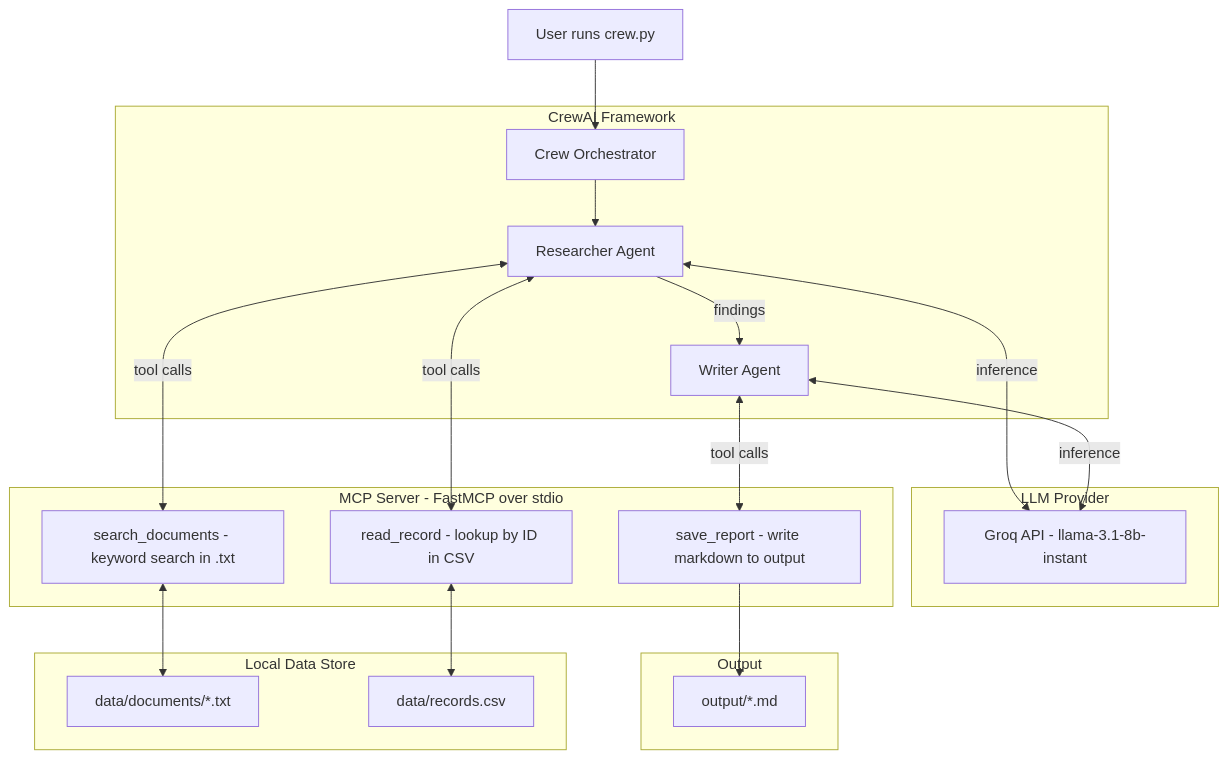
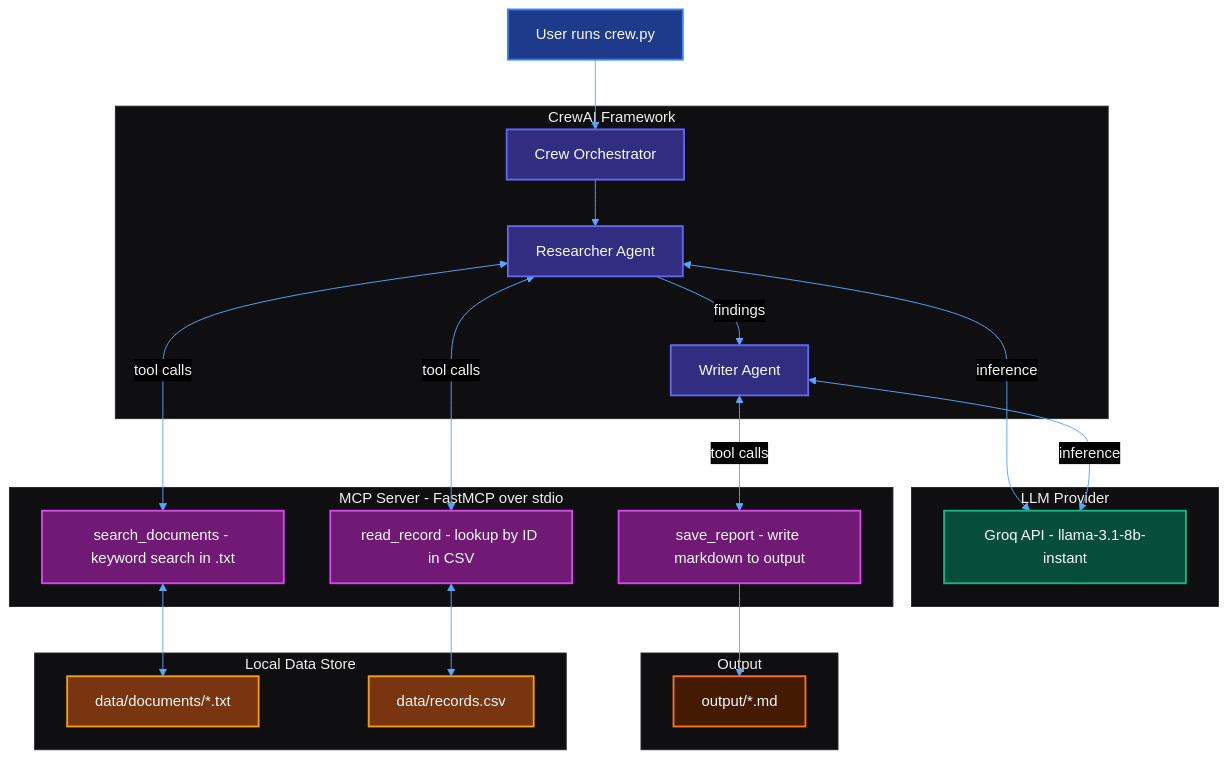
The first of 4 diagrams in README.md (ayush300302/crew-ops-intelligence), drawn with Mermaid before and after one commit. The commit also changed other lines of this file and 1 other file, not shown here.

Commit message:
docs: improve mermaid diagram styling with dark mode and custom colors

````diff
--- a/README.md
+++ b/README.md
@@ -10,44 +10,78 @@
 ```mermaid
+---
+config:
+  theme: base
+  themeVariables:
+    darkMode: true
+    background: "#0a0a0c"
+    primaryColor: "#17171a"
+    primaryTextColor: "#f4f4f5"
+    primaryBorderColor: "#27272a"
+    lineColor: "#58a6ff"
+    textColor: "#f4f4f5"
+    mainBkg: "#17171a"
+    nodeBorder: "#27272a"
+    clusterBkg: "#0f0f12"
+    clusterBorder: "#27272a"
+    tertiaryColor: "#0f0f12"
+    tertiaryBorderColor: "#27272a"
+    fontFamily: "system-ui, -apple-system, BlinkMacSystemFont, 'Segoe UI', Roboto, 'Helvetica Neue', Arial, sans-serif"
+---
 graph TB
     User["User runs crew.py"]
 
     subgraph CrewAI_Framework["CrewAI Framework"]
         Crew["Crew Orchestrator"]
         Researcher["Researcher Agent"]
         Writer["Writer Agent"]
     end
 
     subgraph LLM_Provider["LLM Provider"]
         Groq["Groq API - llama-3.1-8b-instant"]
     end
 
     subgraph MCP_Server["MCP Server - FastMCP over stdio"]
         Tool1["search_documents - keyword search in .txt"]
         Tool2["read_record - lookup by ID in CSV"]
         Tool3["save_report - write markdown to output"]
     end
 
     subgraph Data_Store["Local Data Store"]
         Docs["data/documents/*.txt"]
         CSV["data/records.csv"]
     end
 
     subgraph Output_Store["Output"]
         Report["output/*.md"]
     end
 
     User --> Crew
     Crew --> Researcher
     Researcher -->|findings| Writer
 
     Researcher <-->|tool calls| Tool1
     Researcher <-->|tool calls| Tool2
     Writer <-->|tool calls| Tool3
 
     Researcher <-->|inference| Groq
     Writer <-->|inference| Groq
 
     Tool1 <--> Docs
     Tool2 <--> CSV
     Tool3 --> Report
+
+    classDef default fill:#17171a,stroke:#27272a,stroke-width:1px,color:#f4f4f5;
+    classDef user fill:#1e3a8a,stroke:#3b82f6,stroke-width:2px,color:#f8fafc;
+    classDef agent fill:#312e81,stroke:#6366f1,stroke-width:2px,color:#f8fafc;
+    classDef llm fill:#064e3b,stroke:#10b981,stroke-width:2px,color:#f8fafc;
+    classDef tool fill:#701a75,stroke:#d946ef,stroke-width:2px,color:#f8fafc;
+    classDef store fill:#78350f,stroke:#f59e0b,stroke-width:2px,color:#f8fafc;
+    classDef output fill:#451a03,stroke:#f97316,stroke-width:2px,color:#f8fafc;
+    
+    class User user;
+    class Crew,Researcher,Writer agent;
+    class Groq llm;
+    class Tool1,Tool2,Tool3 tool;
+    class Docs,CSV store;
+    class Report output;
 ```
````
